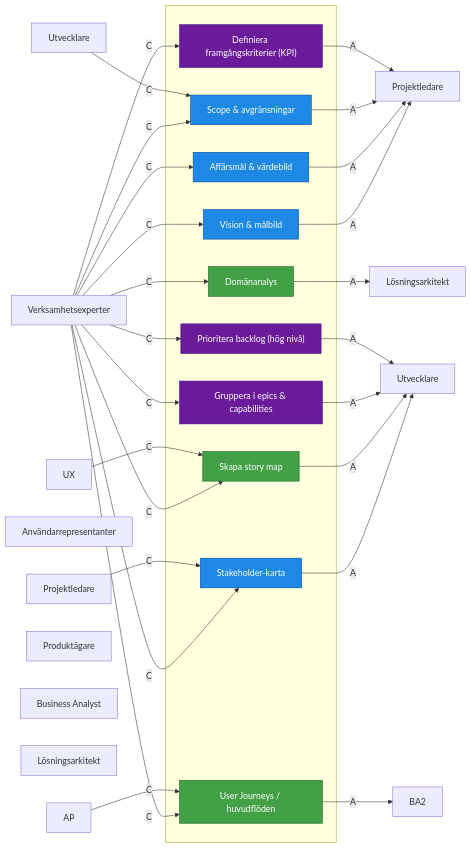
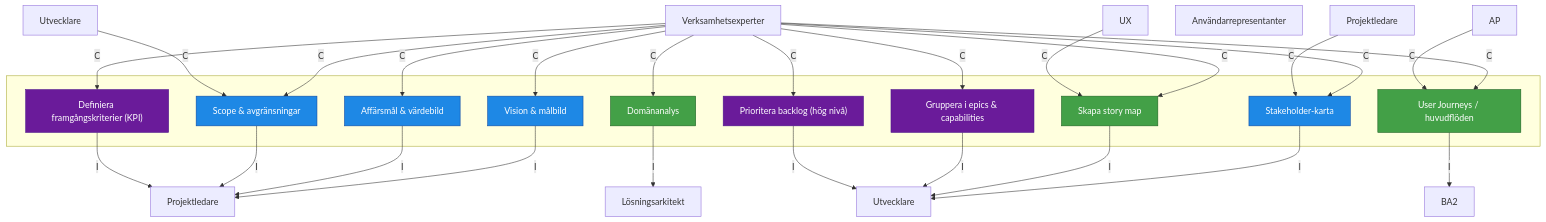
One commit to Riniga/valuestream-os changed the second of 3 diagrams in docs/RACI/1. Kravställning.md. Above: the diagram before and after it, drawn with Mermaid. The commit also changed other lines of this file and 1 other file, not shown here.

Commit message:
Artifactmapping

````diff
--- a/docs/RACI/1. Kravställning.md
+++ b/docs/RACI/1. Kravställning.md
@@ -49,66 +49,62 @@
 ```mermaid
-flowchart LR
+flowchart TB
     subgraph " "
         %% SEKVENTIELL START
         A1["Vision & målbild"]
         A2["Affärsmål & värdebild"]
         A3["Scope & avgränsningar"]
         A4["Stakeholder-karta"]
         B1["Domänanalys"]
         B2["User Journeys / huvudflöden"]
         B3["Skapa story map"]
         C1["Gruppera i epics & capabilities"]
         C2["Prioritera backlog (hög nivå)"]
         C3["Definiera framgångskriterier (KPI)"]
     end
 
     %% ROLLER (ENDAST DE SOM HAR R)
     VX["Verksamhetsexperter"]
     UT["Utvecklare"]
     UT2["Utvecklare"]
     PL["Projektledare"]
     PL2["Projektledare"]
     AR["Användarrepresentanter"]
     UX["UX"]
-    P["Produktägare"]
-    BA["Business Analyst"]
-    LA["Lösningsarkitekt"]
+
     LA2["Lösningsarkitekt"]
 
-
-    %% R-KOPPLINGAR
     VX -- C --> A1
     VX -- C --> A2
     VX -- C --> A3
     UT -- C --> A3
     VX -- C --> A4
     PL -- C --> A4
     VX -- C --> B1
     VX -- C --> B2
     AP -- C --> B2
     VX -- C --> B3
     UX -- C --> B3
     VX -- C --> C1
     VX -- C --> C2
     VX -- C --> C3
 
-    A1 -- A --> PL2
-    A2 -- A --> PL2
-    A3 -- A --> PL2
-    A4 -- A --> UT2
-    B1 -- A --> LA2
-    B2 -- A --> BA2
-    B3 -- A --> UT2
-    C1 -- A --> UT2
-    C2 -- A --> UT2
-    C3 -- A --> PL2
+    A1 -- I --> PL2
+    A2 -- I --> PL2
+    A3 -- I --> PL2
+    A4 -- I --> UT2
+    B1 -- I --> LA2
+    B2 -- I --> BA2
+    B3 -- I --> UT2
+    C1 -- I --> UT2
+    C2 -- I --> UT2
+    C3 -- I --> PL2
 
     %% STYLING
     classDef seq fill:#1e88e5,stroke:#0d47a1,color:#fff;
     classDef par fill:#43a047,stroke:#1b5e20,color:#fff;
     classDef slut fill:#6a1b9a,stroke:#4a148c,color:#fff;
 
     class A1,A2,A3,A4 seq;
     class B1,B2,B3 par;
     class C1,C2,C3 slut;
 ```
````
